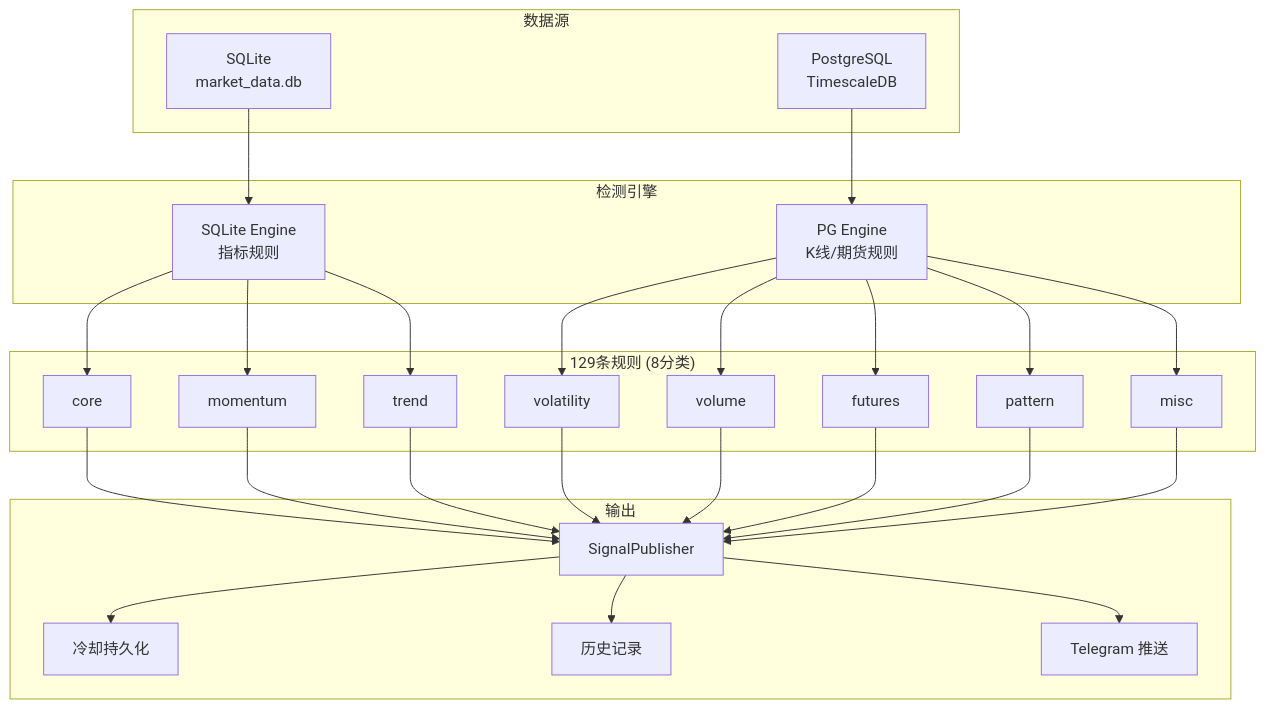
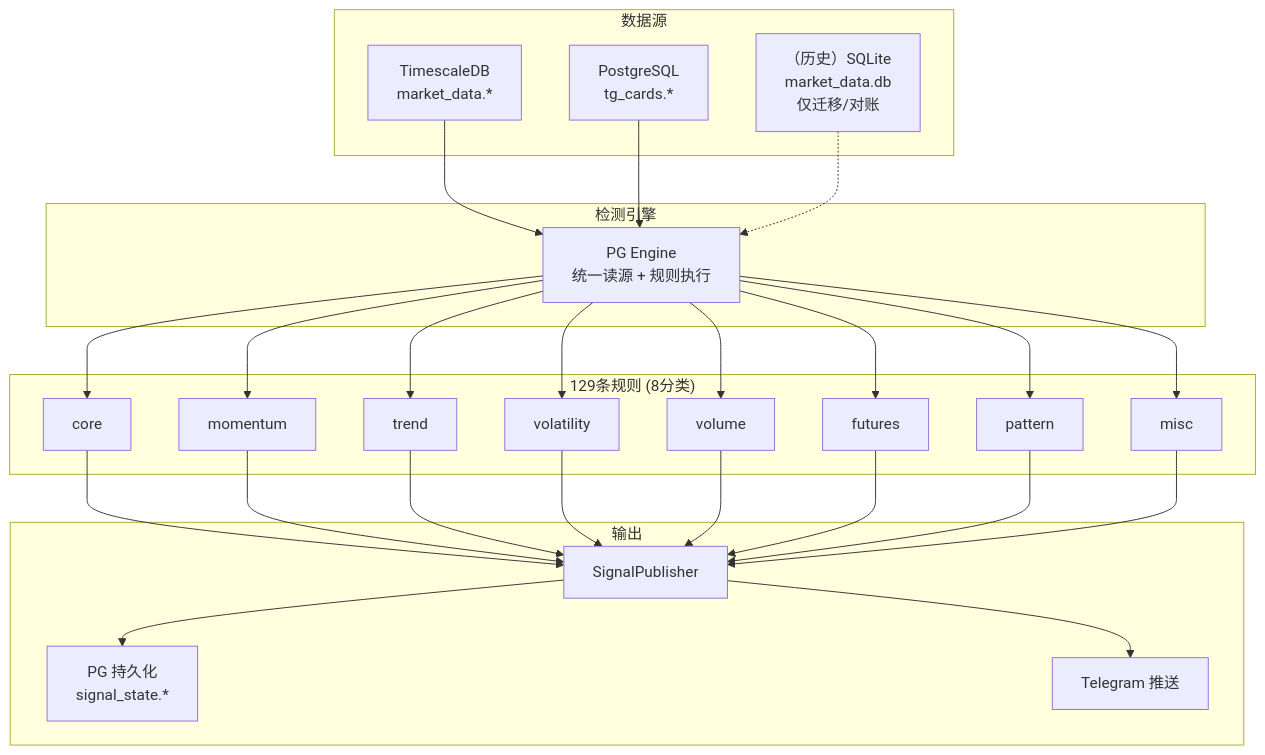
The third of 3 diagrams in assets/docs/analysis/architecture_analysis_report.md (RogerYet/tradecat), drawn with Mermaid before and after one commit. The commit also changed other lines of this file and 14 other files, not shown here.

````diff
--- a/assets/docs/analysis/architecture_analysis_report.md
+++ b/assets/docs/analysis/architecture_analysis_report.md
@@ -148,54 +155,53 @@
 ```mermaid
 graph TD
     subgraph 数据源["数据源"]
-        SQLITE_SRC["SQLite<br>market_data.db"]
-        PG_SRC["PostgreSQL<br>TimescaleDB"]
+        TS_SRC["TimescaleDB<br>market_data.*"]
+        TG_SRC["PostgreSQL<br>tg_cards.*"]
+        SQLITE_SRC["（历史）SQLite<br>market_data.db<br>仅迁移/对账"]
     end
 
     subgraph 引擎["检测引擎"]
-        SQLITE_ENG["SQLite Engine<br>指标规则"]
-        PG_ENG["PG Engine<br>K线/期货规则"]
+        PG_ENG["PG Engine<br>统一读源 + 规则执行"]
     end
 
     subgraph 规则["129条规则 (8分类)"]
         CORE["core"]
         MOMENTUM["momentum"]
         TREND["trend"]
         VOLATILITY["volatility"]
         VOLUME["volume"]
         FUTURES["futures"]
         PATTERN["pattern"]
         MISC["misc"]
     end
 
     subgraph 输出["输出"]
         PUBLISHER["SignalPublisher"]
-        COOLDOWN["冷却持久化"]
-        HISTORY["历史记录"]
+        STATE["PG 持久化<br>signal_state.*"]
         TELEGRAM["Telegram 推送"]
     end
 
-    SQLITE_SRC --> SQLITE_ENG
-    PG_SRC --> PG_ENG
-    SQLITE_ENG --> CORE
-    SQLITE_ENG --> MOMENTUM
-    SQLITE_ENG --> TREND
+    TS_SRC --> PG_ENG
+    TG_SRC --> PG_ENG
+    SQLITE_SRC -.-> PG_ENG
+    PG_ENG --> CORE
+    PG_ENG --> MOMENTUM
+    PG_ENG --> TREND
     PG_ENG --> VOLATILITY
     PG_ENG --> VOLUME
     PG_ENG --> FUTURES
     PG_ENG --> PATTERN
     PG_ENG --> MISC
 
     CORE --> PUBLISHER
     MOMENTUM --> PUBLISHER
     TREND --> PUBLISHER
     VOLATILITY --> PUBLISHER
     VOLUME --> PUBLISHER
     FUTURES --> PUBLISHER
     PATTERN --> PUBLISHER
     MISC --> PUBLISHER
 
-    PUBLISHER --> COOLDOWN
-    PUBLISHER --> HISTORY
+    PUBLISHER --> STATE
     PUBLISHER --> TELEGRAM
 ```
````
